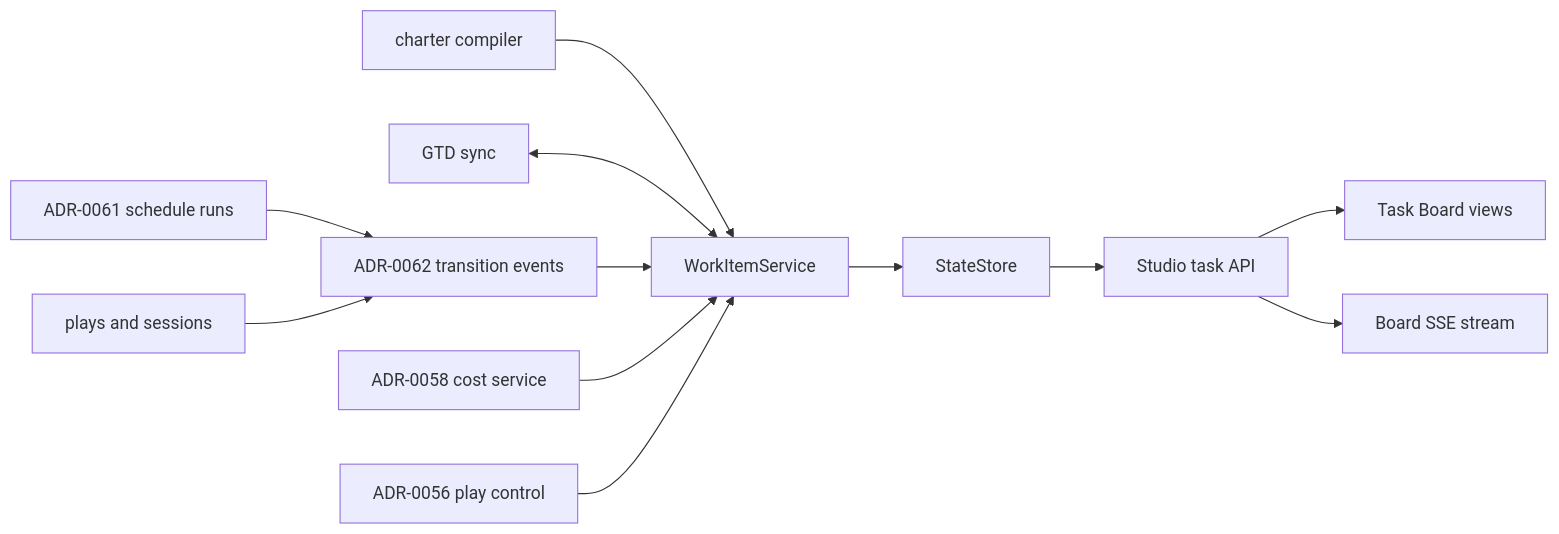
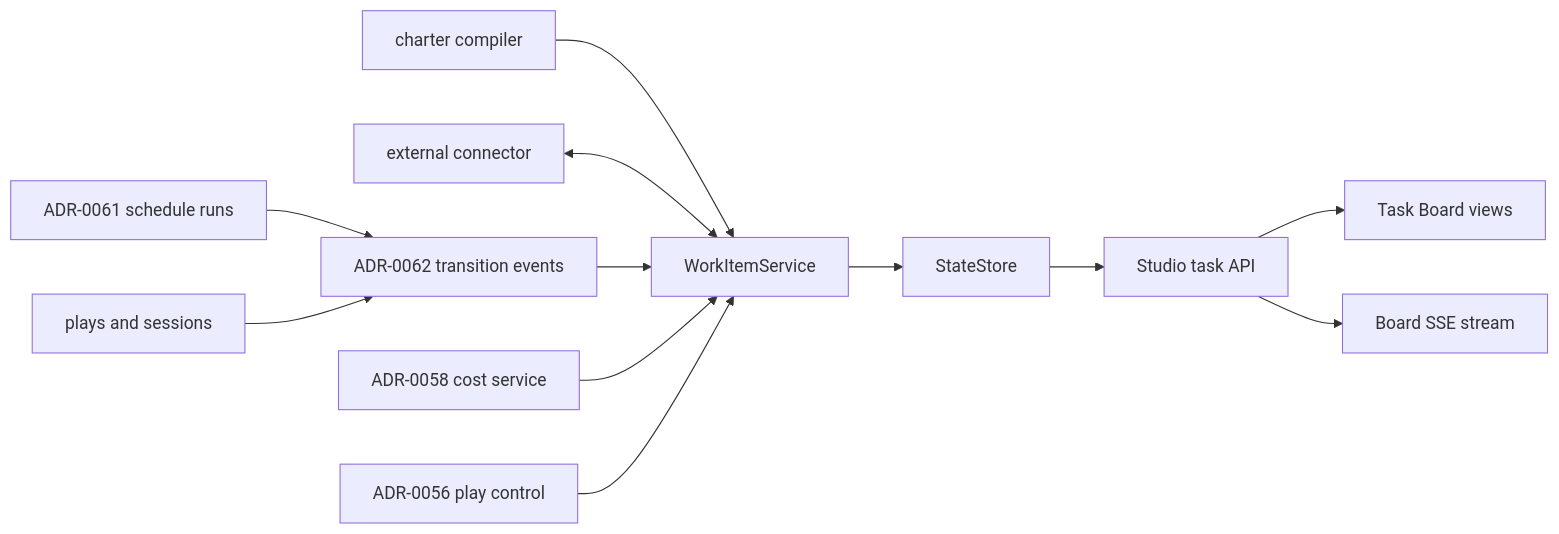
Before and after one commit to ohdearquant/lionagi: the second of 2 diagrams in docs/adrs/ADR-0063-task-board-work-center.md, drawn with Mermaid. The commit also changed other lines of this file and 31 other files, not shown here.

````diff
--- a/docs/adrs/ADR-0063-task-board-work-center.md
+++ b/docs/adrs/ADR-0063-task-board-work-center.md
@@ -183,14 +183,14 @@
 ```mermaid
 flowchart LR
   Scheduler[ADR-0061 schedule runs] --> Events[ADR-0062 transition events]
   Plays[plays and sessions] --> Events
   Charter[charter compiler] --> WorkSvc[WorkItemService]
-  GTD[GTD sync] <--> WorkSvc
+  Connector[external connector] <--> WorkSvc
   Events --> WorkSvc
   WorkSvc --> Store[StateStore]
   Store --> API[Studio task API]
   API --> UI[Task Board views]
   API --> SSE[Board SSE stream]
   Cost[ADR-0058 cost service] --> WorkSvc
   Control[ADR-0056 play control] --> WorkSvc
 ```
````
